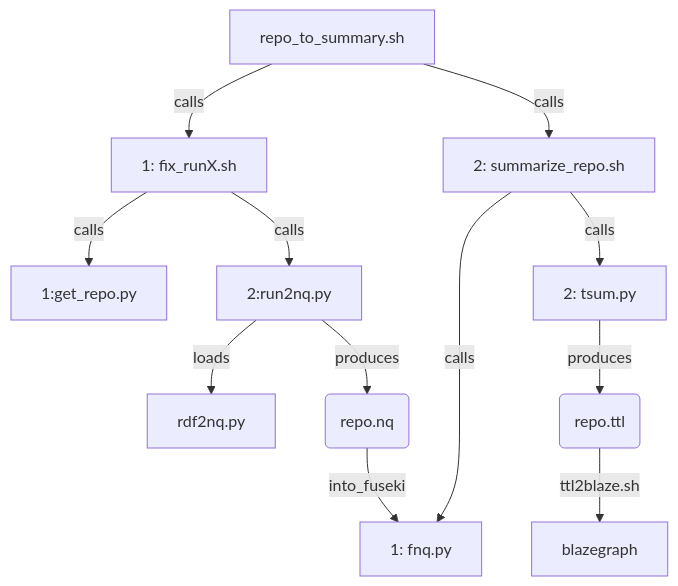
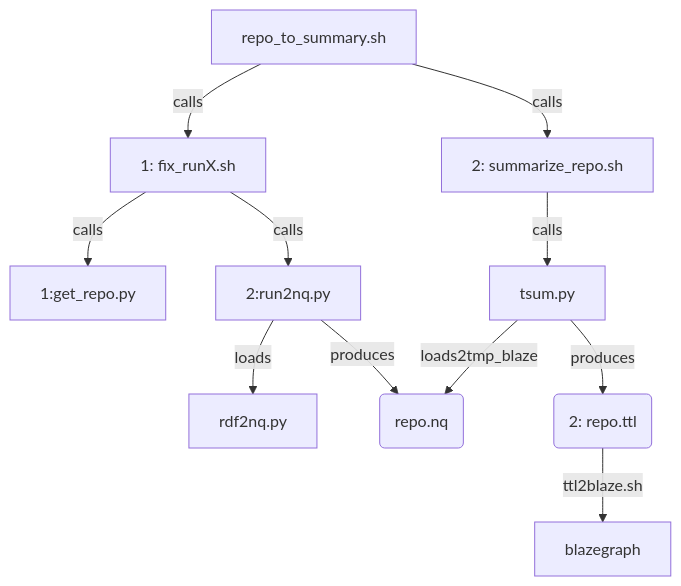
Before and after one commit to earthcube/earthcube_utilities: the diagram in summarize/docs/call.md, drawn with Mermaid.

Commit message:
call-b.md way of doing w/blaze v fuseki

````diff
--- a/summarize/docs/call.md
+++ b/summarize/docs/call.md
@@ -5,10 +5,10 @@
 ```mermaid
 flowchart TD;
 R2S[repo_to_summary.sh]  -- calls --> G[1: fix_runX.sh];
 G -- calls --> gr[1:get_repo.py]
 G -- calls --> r2n[2:run2nq.py] -- loads --> rdf2[rdf2nq.py];
+r2n -- produces --> nq(repo.nq);
 R2S -- calls --> SR[2: summarize_repo.sh];
-SR -- calls --> F1[1: fnq.py];
-SR -- calls --> F2[2: tsum.py] -- produces --> RT(repo.ttl) -- ttl2blaze.sh --> B[blazegraph];
-r2n -- produces --> nq(repo.nq) -- into_fuseki --> F1;
+SR -- calls --> F2[tsum.py] -- loads2tmp_blaze --> nq;
+F2 -- produces --> RT(2: repo.ttl) -- ttl2blaze.sh --> B[blazegraph];
 ```
````
